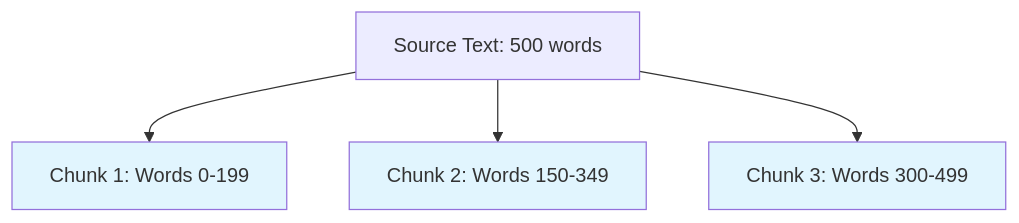
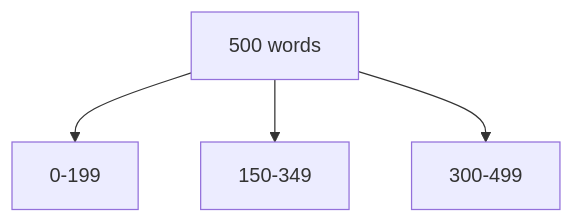
The fourth of 7 diagrams in Vector_db/Chapter_6.md (Furba2/Obsidian), drawn with Mermaid before and after one commit. The commit also changed other lines of this file and 11 other files, not shown here.

````diff
--- a/Vector_db/Chapter_6.md
+++ b/Vector_db/Chapter_6.md
@@ -144,10 +132,6 @@
 ```mermaid
 graph TD
-    A[Source Text: 500 words] --> B[Chunk 1: Words 0-199]
-    A --> C[Chunk 2: Words 150-349]
-    A --> D[Chunk 3: Words 300-499]
-    
-    style B fill:#e1f5fe
-    style C fill:#e1f5fe
-    style D fill:#e1f5fe
+    A[500 words] --> B[0-199]
+    A --> C[150-349]
+    A --> D[300-499]
 ```
````
